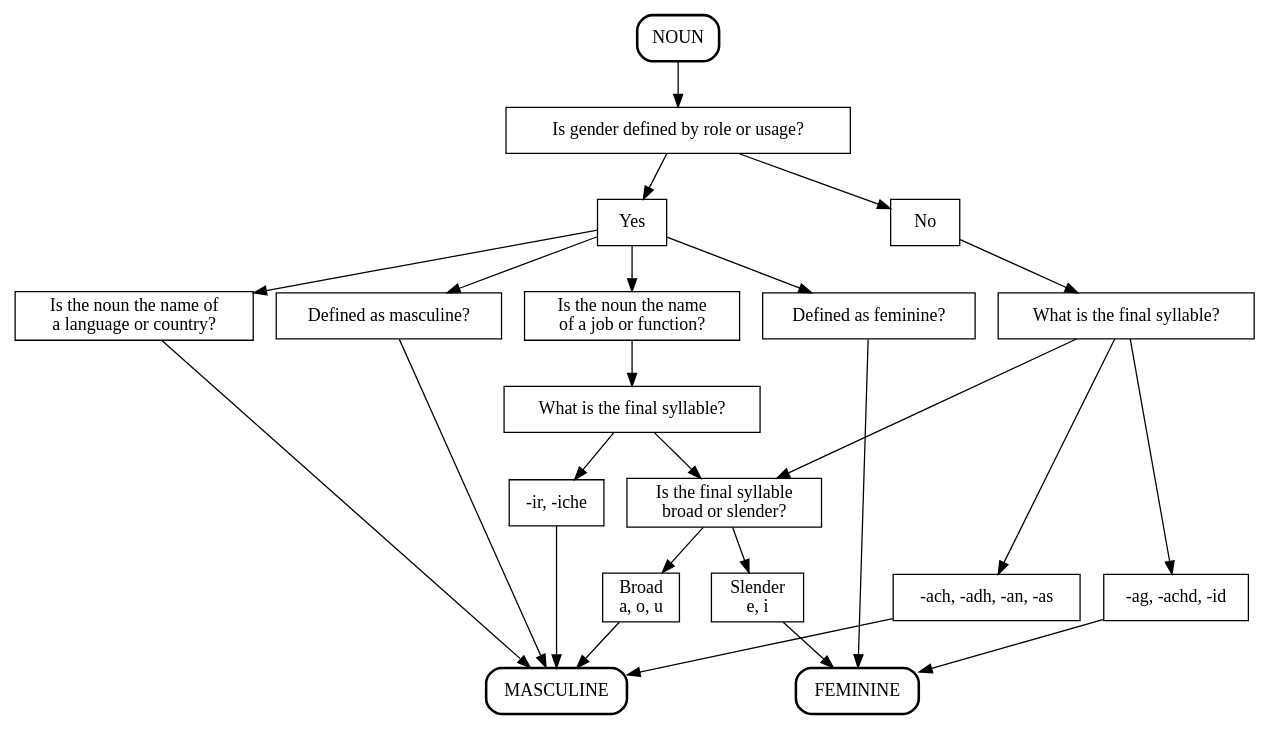
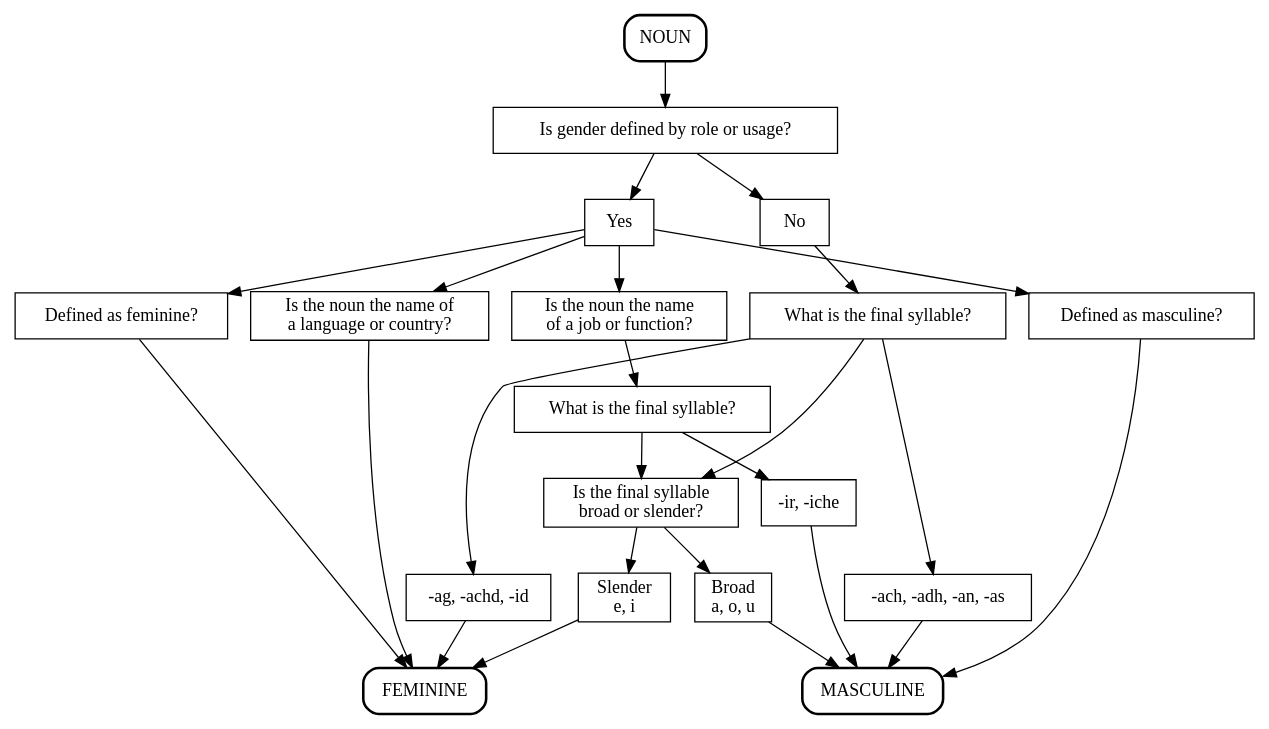
One commit to ComputationalGaelic/GaelicDiagrams changed the diagram in gaelic_diagrams/nouns/grammatical_gender.dot. Above: the diagram before and after it, drawn with Graphviz.

```diff
--- a/gaelic_diagrams/nouns/grammatical_gender.dot
+++ b/gaelic_diagrams/nouns/grammatical_gender.dot
@@ -1,54 +1,53 @@
 digraph grammatical_gender {
 	node [shape = box];
-	splines="line";
 	/* nodes */
 	START				[label="NOUN", style="rounded, bold"];
 	known_gender        [label="Is gender defined by role or usage?"];
 	known_gender_y      [label="Yes"];
 	known_gender_n      [label="No"];
 	defined_f			[label="Defined as feminine?"];
 	defined_m			[label="Defined as masculine?"];
 	languages_countries [label="Is the noun the name of\na language or country?"];
 	final_syllable      [label="What is the final syllable?"];
 	endings_f			[label="-ag, -achd, -id"];
 	endings_m			[label="-ach, -adh, -an, -as"];
 	job_or_function     [label="Is the noun the name\nof a job or function?"];
 	job_final_syllable  [label="What is the final syllable?"];
 	job_ending_m        [label="-ir, -iche"];
 	broad_slender       [label="Is the final syllable\nbroad or slender?"];
 	slender				[label="Slender\ne, i"];
 	broad				[label="Broad\na, o, u"];
 	FEMININE		    [label="FEMININE", style="rounded, bold"];
 	MASCULINE		    [label="MASCULINE", style="rounded, bold"];
 	/* graph */
 	START -> known_gender;
 	known_gender -> known_gender_y;
 	known_gender_y -> defined_f;
 	known_gender_y -> languages_countries;
 	known_gender_y -> defined_m;
 	defined_f -> FEMININE;
-	languages_countries -> MASCULINE;
+	languages_countries -> FEMININE;
 	defined_m -> MASCULINE;
 	known_gender -> known_gender_n;
 	known_gender_n -> final_syllable;
 	final_syllable -> endings_f;
 	endings_f -> FEMININE;
 	final_syllable -> endings_m;
 	endings_m -> MASCULINE;
 	known_gender_y -> job_or_function;
 	job_or_function -> job_final_syllable;
 	job_final_syllable -> job_ending_m;
 	job_ending_m -> MASCULINE;
 	job_final_syllable -> broad_slender;
 	final_syllable -> broad_slender;
 	broad_slender -> slender;
 	broad_slender -> broad;
 	slender -> FEMININE;
 	broad -> MASCULINE;
 	/* layout */
 	{rank=same; known_gender_y, known_gender_n}
 	{rank=same; defined_f, defined_m, languages_countries, final_syllable, job_or_function}
 	{rank=same; endings_f, endings_m}
 	{rank=same; slender, broad}
 	{rank=same; FEMININE, MASCULINE}
 }
```
